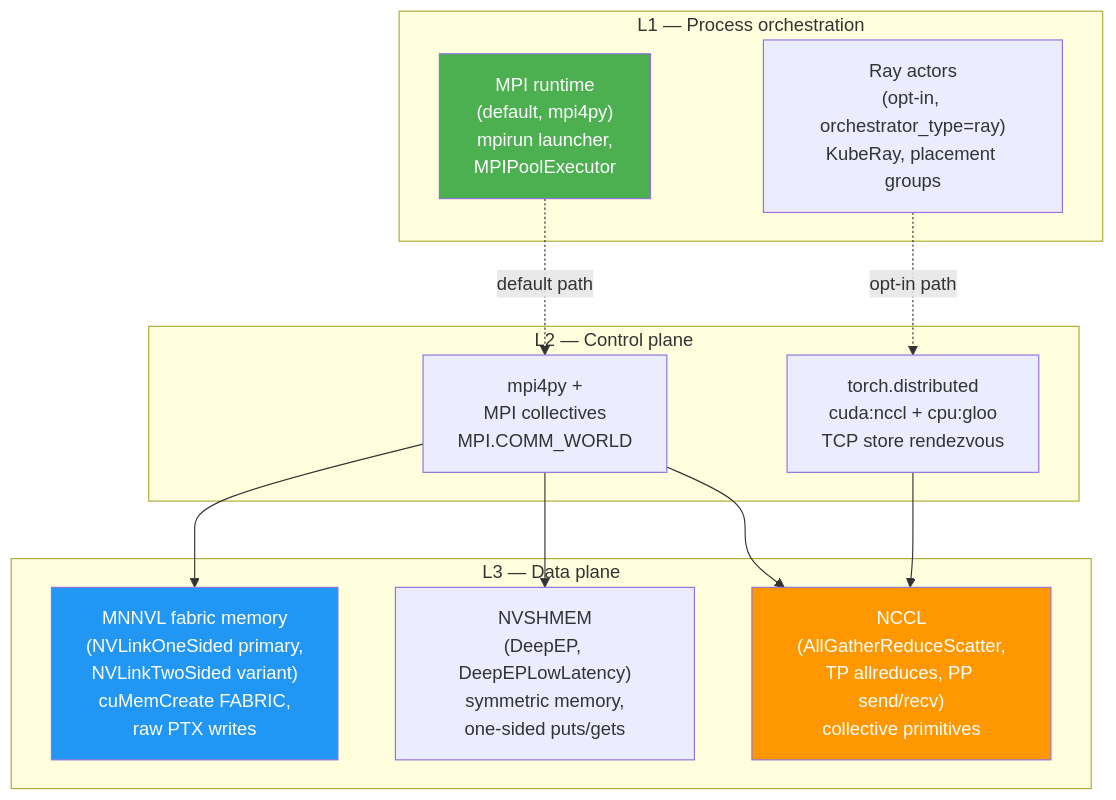
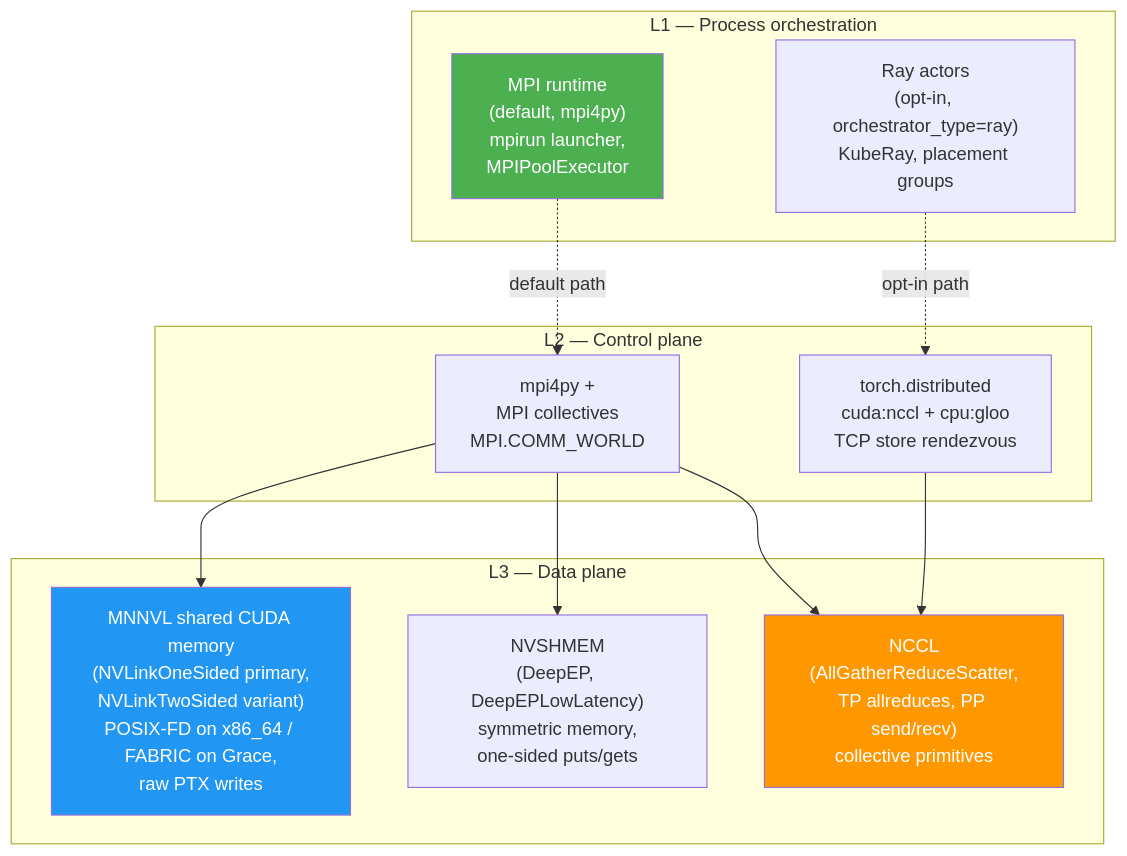
The second of 2 diagrams in docs/design/wide-ep-fault-tolerance/01-user-journey-and-stack.md (chienchunhung/TensorRT-LLM), drawn with Mermaid before and after one commit. The commit also changed other lines of this file and 27 other files, not shown here.

````diff
--- a/docs/design/wide-ep-fault-tolerance/01-user-journey-and-stack.md
+++ b/docs/design/wide-ep-fault-tolerance/01-user-journey-and-stack.md
@@ -119,30 +123,30 @@
 ```mermaid
 graph TB
     subgraph "L1 — Process orchestration"
         MPI["MPI runtime<br/>(default, mpi4py)<br/>mpirun launcher,<br/>MPIPoolExecutor"]
         Ray["Ray actors<br/>(opt-in, orchestrator_type=ray)<br/>KubeRay, placement groups"]
     end
 
     subgraph "L2 — Control plane"
         MPIctl["mpi4py +<br/>MPI collectives<br/>MPI.COMM_WORLD"]
         TorchD["torch.distributed<br/>cuda:nccl + cpu:gloo<br/>TCP store rendezvous"]
     end
 
     subgraph "L3 — Data plane"
-        MNNVL["MNNVL fabric memory<br/>(NVLinkOneSided primary,<br/>NVLinkTwoSided variant)<br/>cuMemCreate FABRIC,<br/>raw PTX writes"]
+        MNNVL["MNNVL shared CUDA memory<br/>(NVLinkOneSided primary,<br/>NVLinkTwoSided variant)<br/>POSIX-FD on x86_64 / FABRIC on Grace,<br/>raw PTX writes"]
         NVSHMEM["NVSHMEM<br/>(DeepEP, DeepEPLowLatency)<br/>symmetric memory,<br/>one-sided puts/gets"]
         NCCL["NCCL<br/>(AllGatherReduceScatter,<br/>TP allreduces, PP send/recv)<br/>collective primitives"]
     end
 
     MPI -.->|default path| MPIctl
     Ray -.->|opt-in path| TorchD
 
     MPIctl --> MNNVL
     MPIctl --> NVSHMEM
     MPIctl --> NCCL
     TorchD --> NCCL
 
     style MPI fill:#4CAF50,color:#fff
     style MNNVL fill:#2196F3,color:#fff
     style NCCL fill:#FF9800,color:#fff
 ```
````
